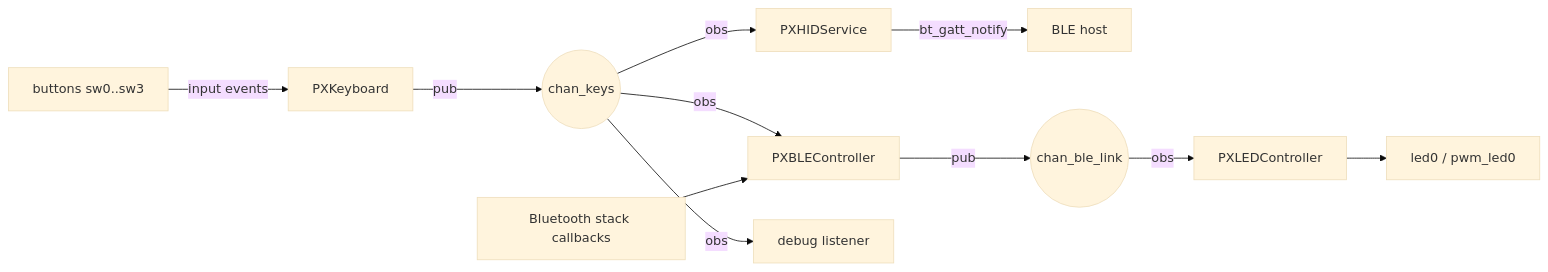
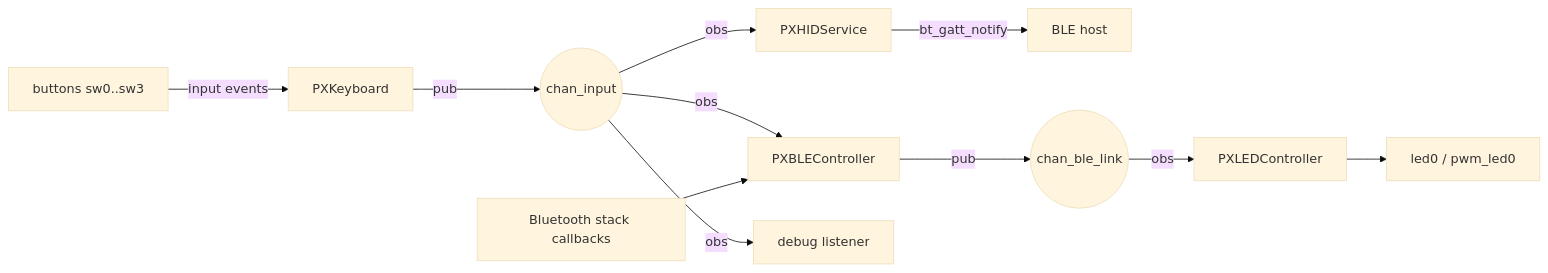
The diagram in README.md (rodrigopex/px-keyboard), drawn with Mermaid (base theme) before and after one commit. The commit also changed other lines of this file and 8 other files, not shown here.

First line of the commit message:
refactor: publish semantic input events on chan_input

````diff
--- a/README.md
+++ b/README.md
@@ -19,13 +19,13 @@
 ```mermaid
 flowchart LR
   SW["buttons sw0..sw3"] -->|input events| KB["PXKeyboard"]
-  KB -->|pub| CK(("chan_keys"))
+  KB -->|pub| CK(("chan_input"))
   CK -->|obs| HID["PXHIDService"]
   CK -->|obs| BLE["PXBLEController"]
   CK -->|obs| DBG["debug listener"]
   HID -->|bt_gatt_notify| HOST["BLE host"]
   BT["Bluetooth stack callbacks"] --> BLE
   BLE -->|pub| CL(("chan_ble_link"))
   CL -->|obs| LEDC["PXLEDController"]
   LEDC --> LED["led0 / pwm_led0"]
 ```
````
